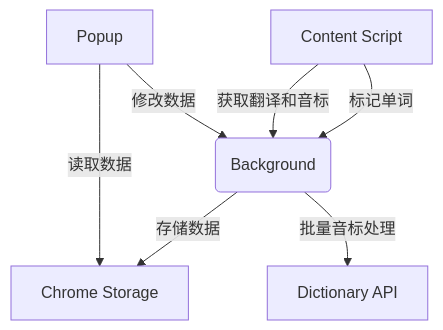
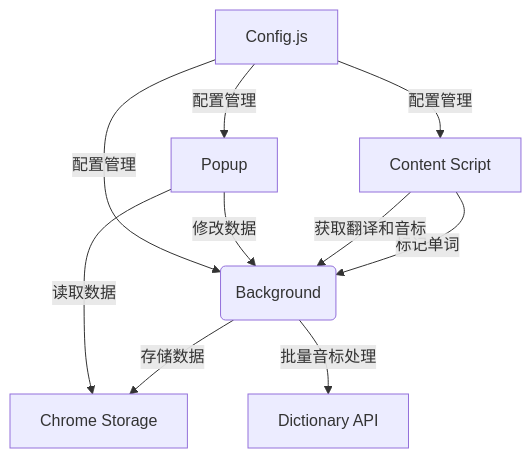
Before and after one commit to shixiuhai/chrome_english_study_crx: the diagram in README.md, drawn with Mermaid. The commit also changed other lines of this file and 7 other files, not shown here.

````diff
--- a/README.md
+++ b/README.md
@@ -43,9 +57,12 @@
 ```mermaid
 graph TD
     A[Content Script] -->|标记单词| B(Background)
     A -->|获取翻译和音标| B
     B -->|存储数据| C[Chrome Storage]
     D[Popup] -->|读取数据| C
     D -->|修改数据| B
     B -->|批量音标处理| E[Dictionary API]
+    F[Config.js] -->|配置管理| A
+    F -->|配置管理| B
+    F -->|配置管理| D
 ```
````
